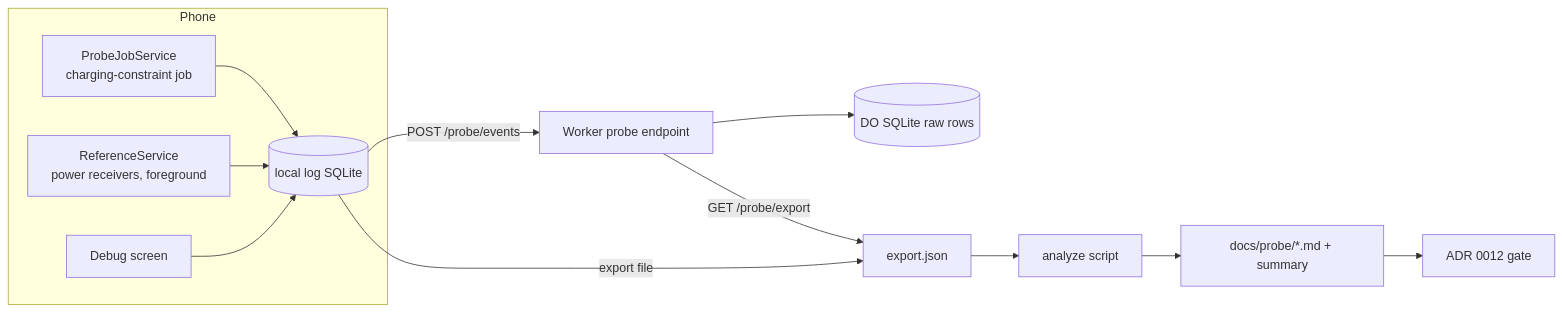
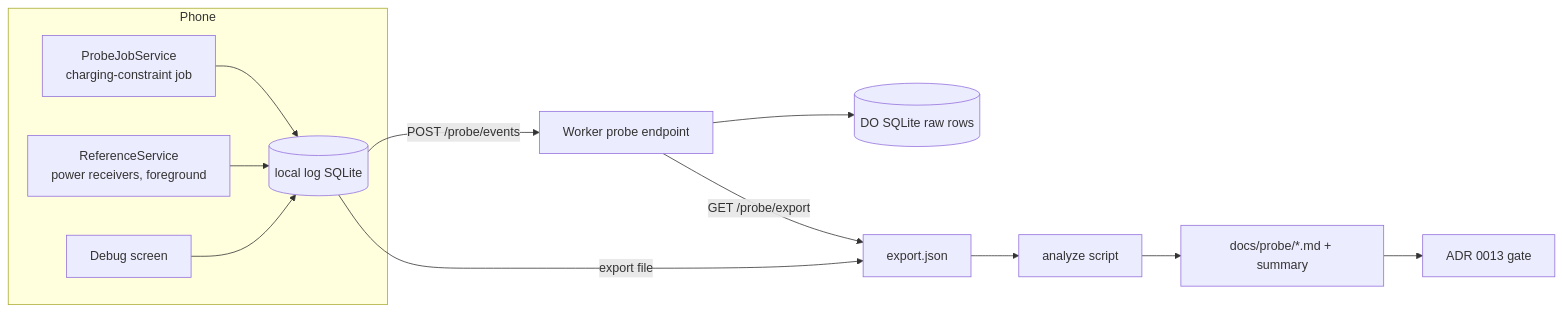
One commit to 3akare/outage changed the first of 2 diagrams in .kiro/specs/feasibility-probe/design.md. Above: the diagram before and after it, drawn with Mermaid. The commit also changed other lines of this file and 108 other files, not shown here.

````diff
--- a/.kiro/specs/feasibility-probe/design.md
+++ b/.kiro/specs/feasibility-probe/design.md
@@ -7,15 +7,15 @@
 ```mermaid
 flowchart LR
     subgraph Phone
       J[ProbeJobService<br/>charging-constraint job] --> L[(local log SQLite)]
       R[ReferenceService<br/>power receivers, foreground] --> L
       UI[Debug screen] --> L
     end
     L -->|POST /probe/events| W[Worker probe endpoint]
     W --> D[(DO SQLite raw rows)]
     W -->|GET /probe/export| E[export.json]
     L -->|export file| E
     E --> A[analyze script]
     A --> M[docs/probe/*.md + summary]
-    M --> ADR[ADR 0012 gate]
+    M --> ADR[ADR 0013 gate]
 ```
````
